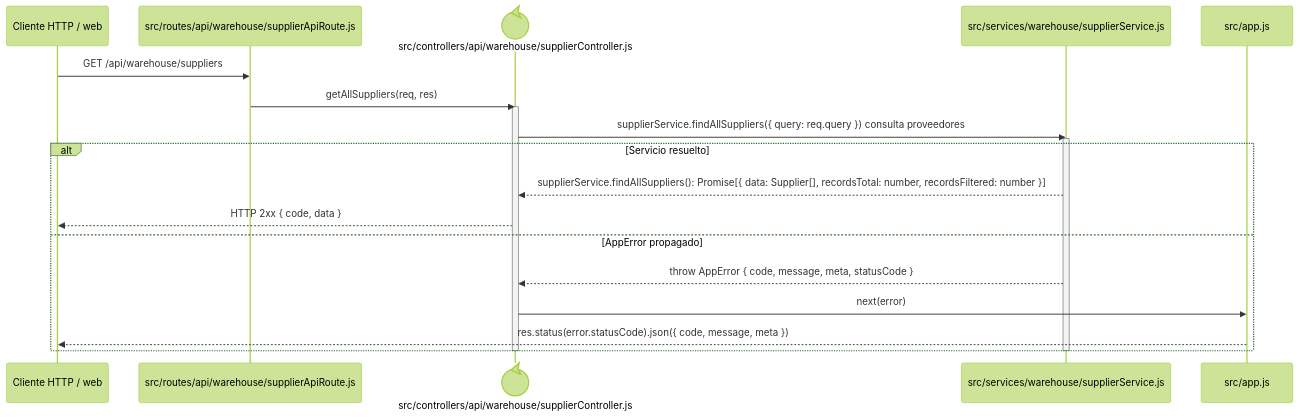
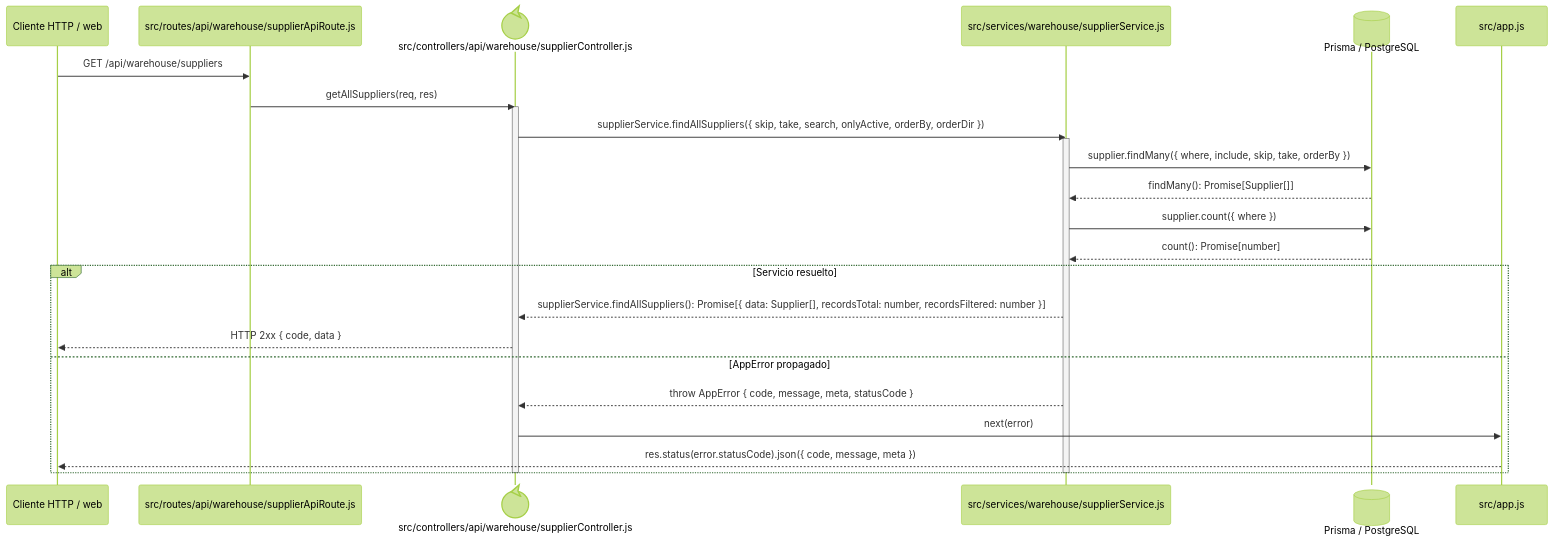
The diagram in docs/architecture/backend-code-sequences/catalogs/cu-cat-01.md (gpgsistemas01/nexus), drawn with Mermaid (forest theme) before and after one commit. The commit also changed 22 other files, not shown here.

````diff
--- a/docs/architecture/backend-code-sequences/catalogs/cu-cat-01.md
+++ b/docs/architecture/backend-code-sequences/catalogs/cu-cat-01.md
@@ -6,24 +6,29 @@
 ```mermaid
 sequenceDiagram
     participant Client as Cliente HTTP / web
     participant Route as src/routes/api/warehouse/supplierApiRoute.js
     participant Controller@{ "type": "control" } as src/controllers/api/warehouse/supplierController.js
     participant Domain as src/services/warehouse/supplierService.js
+    participant Prisma@{ "type": "database" } as Prisma / PostgreSQL
     participant ErrorHandler as src/app.js
 
     Client->>Route: GET /api/warehouse/suppliers
     Route->>Controller: getAllSuppliers(req, res)
     activate Controller
-    Controller->>Domain: supplierService.findAllSuppliers({ query: req.query }) consulta proveedores
+    Controller->>Domain: supplierService.findAllSuppliers({ skip, take, search, onlyActive, orderBy, orderDir })
     activate Domain
+    Domain->>Prisma: supplier.findMany({ where, include, skip, take, orderBy })
+    Prisma-->>Domain: findMany(): Promise[Supplier[]]
+    Domain->>Prisma: supplier.count({ where })
+    Prisma-->>Domain: count(): Promise[number]
     alt Servicio resuelto
         Domain-->>Controller: supplierService.findAllSuppliers(): Promise[{ data: Supplier[], recordsTotal: number, recordsFiltered: number }]
         Controller-->>Client: HTTP 2xx { code, data }
     else AppError propagado
         Domain-->>Controller: throw AppError { code, message, meta, statusCode }
         Controller->>ErrorHandler: next(error)
         ErrorHandler-->>Client: res.status(error.statusCode).json({ code, message, meta })
     end
     deactivate Domain
     deactivate Controller
 ```
````
